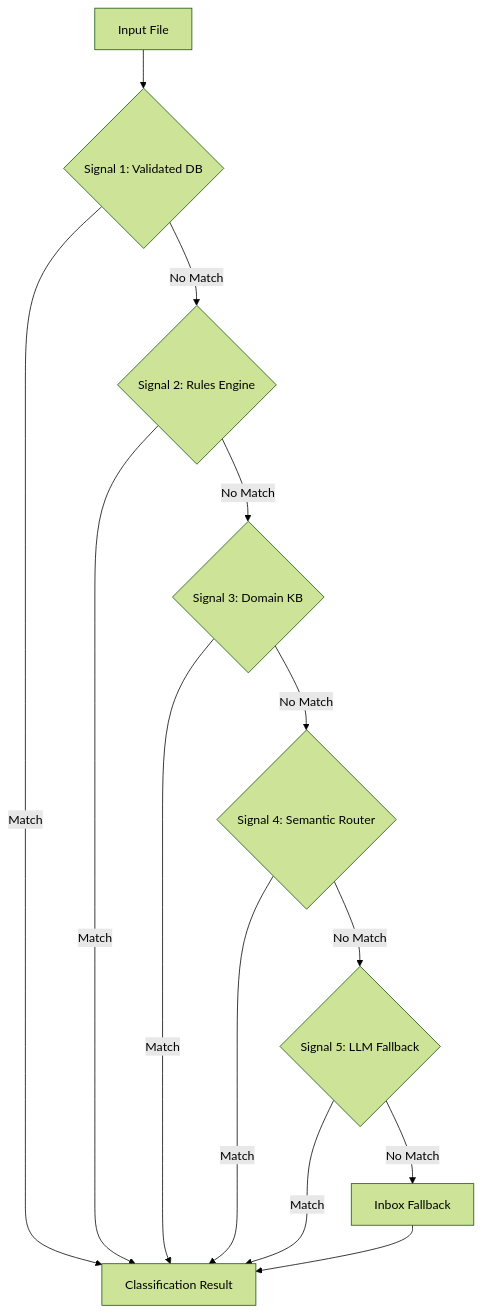
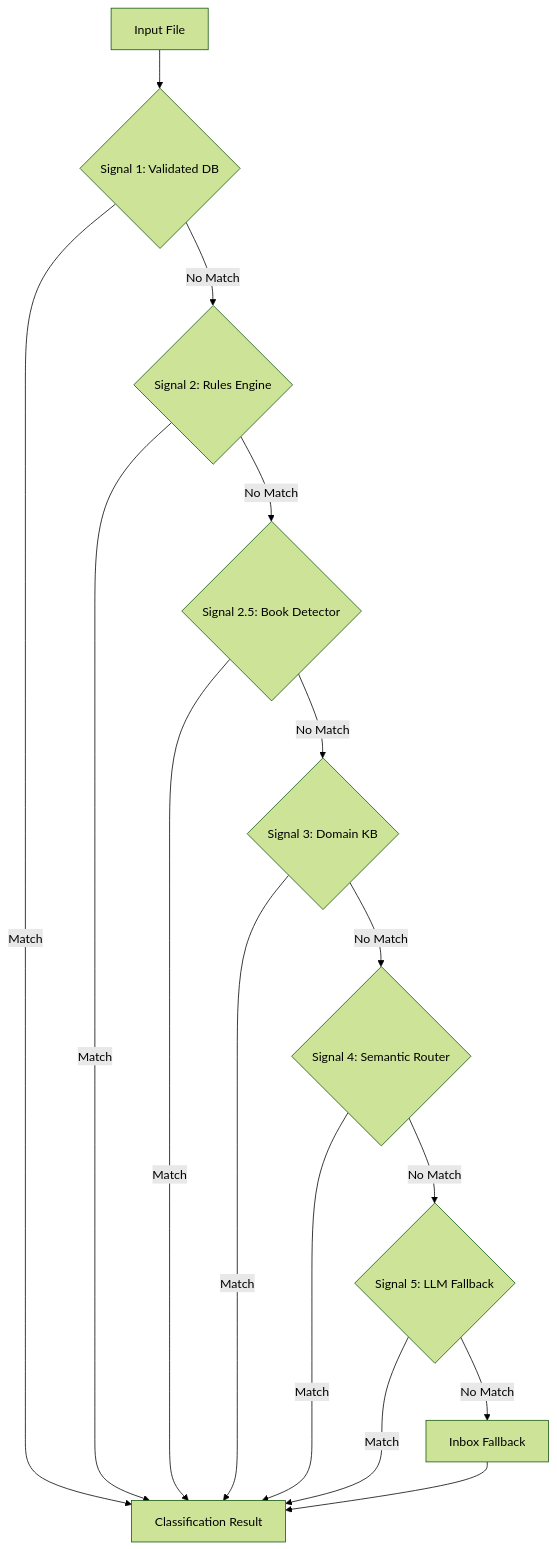
One commit to fjacquet/para-files changed the first of 3 diagrams in docs/architecture.md. Above: the diagram before and after it, drawn with Mermaid (forest theme). The commit also changed other lines of this file and 1 other file, not shown here.

First line of the commit message:
docs: update architecture and changelog with 6-signal pipeline

````diff
--- a/docs/architecture.md
+++ b/docs/architecture.md
@@ -13,15 +13,17 @@
 ```mermaid
 flowchart TD
     A[Input File] --> B{Signal 1: Validated DB}
     B -->|Match| Z[Classification Result]
     B -->|No Match| C{Signal 2: Rules Engine}
     C -->|Match| Z
-    C -->|No Match| D{Signal 3: Domain KB}
+    C -->|No Match| C2{Signal 2.5: Book Detector}
+    C2 -->|Match| Z
+    C2 -->|No Match| D{Signal 3: Domain KB}
     D -->|Match| Z
     D -->|No Match| E{Signal 4: Semantic Router}
     E -->|Match| Z
     E -->|No Match| F{Signal 5: LLM Fallback}
     F -->|Match| Z
     F -->|No Match| G[Inbox Fallback]
     G --> Z
 ```
````
